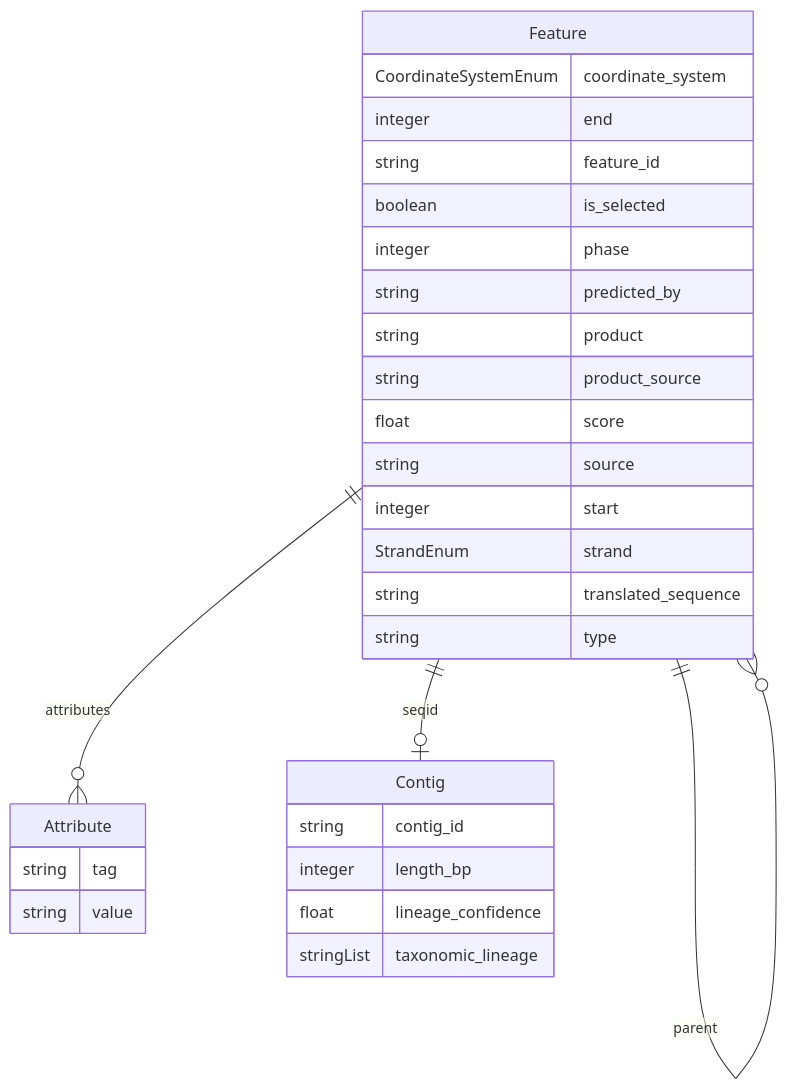
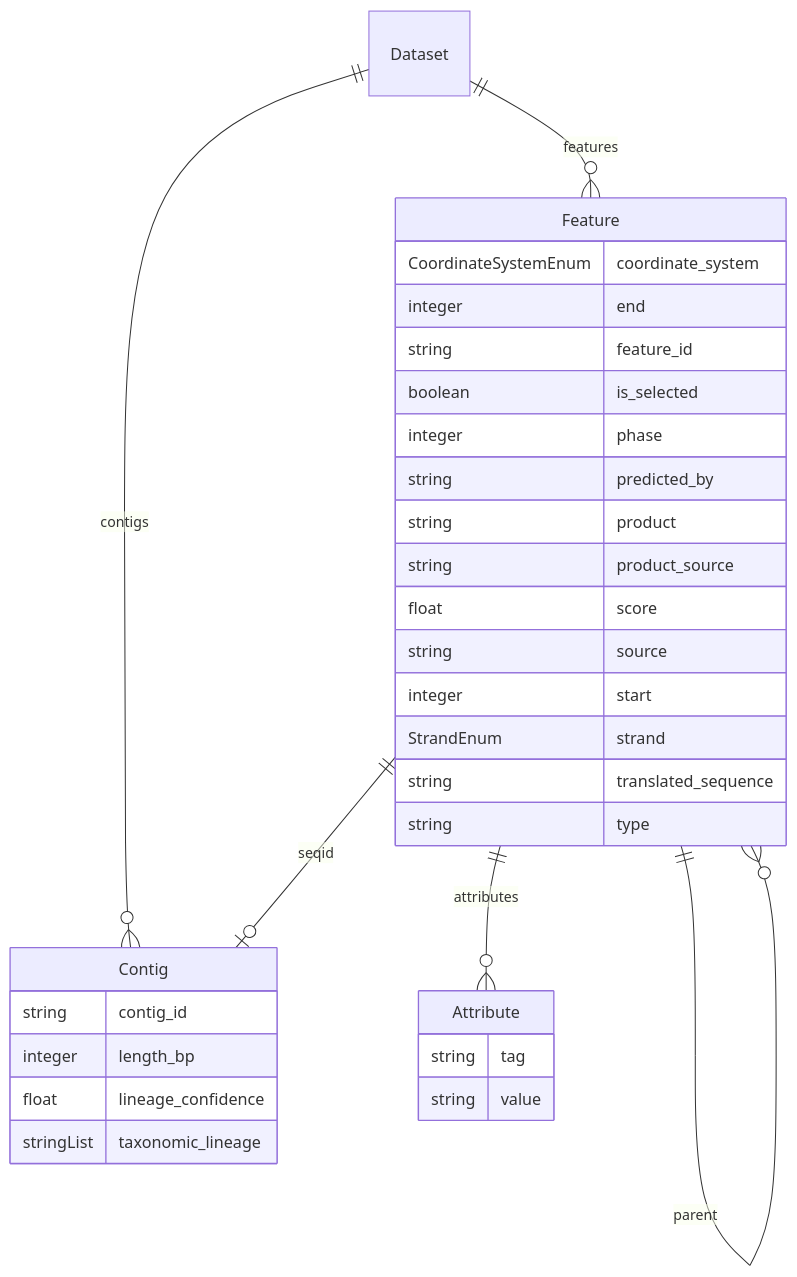
The diagram in docs/schema-diagram.md (turbomam/feature-table-corpus), drawn with Mermaid before and after one commit. The commit also changed other lines of this file and 2 other files, not shown here.

````diff
--- a/docs/schema-diagram.md
+++ b/docs/schema-diagram.md
@@ -7,33 +7,38 @@
 ```mermaid
 erDiagram
 Attribute {
     string tag
     string value
 }
 Contig {
     string contig_id
     integer length_bp
     float lineage_confidence
     stringList taxonomic_lineage
+}
+Dataset {
+
 }
 Feature {
     CoordinateSystemEnum coordinate_system
     integer end
     string feature_id
     boolean is_selected
     integer phase
     string predicted_by
     string product
     string product_source
     float score
     string source
     integer start
     StrandEnum strand
     string translated_sequence
     string type
 }
 
+Dataset ||--}o Contig : "contigs"
+Dataset ||--}o Feature : "features"
 Feature ||--|o Contig : "seqid"
 Feature ||--}o Attribute : "attributes"
 Feature ||--}o Feature : "parent"
 ```
````
